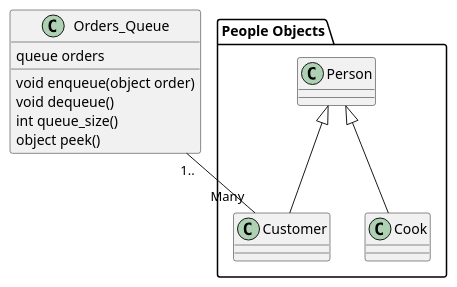
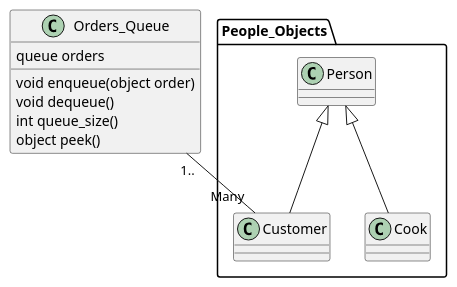
One commit to Runtime-Terrors-Team-5/UML-Diagrams changed the diagram in Architecture Diagrams/Class Diagrams/Queue.wsd. Above: the diagram before and after it, drawn with PlantUML. The commit also changed 2 other files, not shown here.

Commit message:
food objects added and its associations
added base line food objects and its inheritance relationships. Its also in the package Food_Objects which has a one to one relationship with the class ingredient station. Each station only releases one type of food

```diff
--- a/Architecture Diagrams/Class Diagrams/Queue.wsd
+++ b/Architecture Diagrams/Class Diagrams/Queue.wsd
@@ -1,20 +1,20 @@
 @startuml
 
 class Orders_Queue{
     queue orders
     void enqueue(object order)
     void dequeue()
     int queue_size()
     object peek()
 
 
 }
 
-package "People Objects" {
+package "People_Objects" {
 Person <|-- Cook
 Person <|-- Customer
 }
 
 Orders_Queue "1.." -- "Many" Customer
 
 @enduml
```
